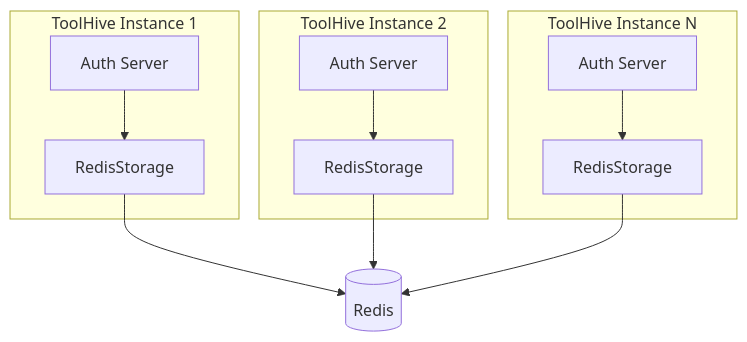
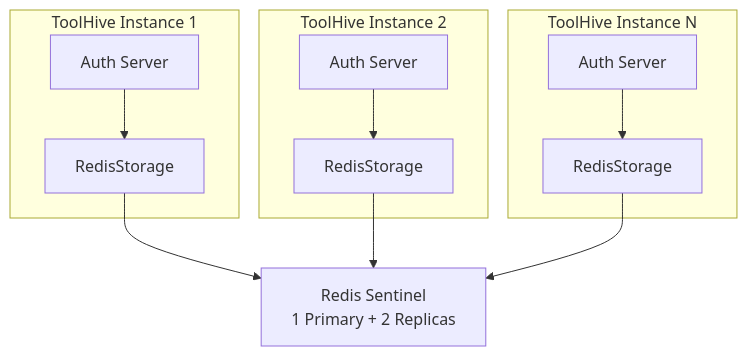
One commit to stacklok/toolhive-rfcs changed the diagram in rfcs/THV-0035-auth-server-redis-storage.md. Above: the diagram before and after it, drawn with Mermaid. The commit also changed other lines of this file, not shown here.

````diff
--- a/rfcs/THV-0035-auth-server-redis-storage.md
+++ b/rfcs/THV-0035-auth-server-redis-storage.md
@@ -47,16 +52,16 @@
 ```mermaid
 flowchart TB
     subgraph ToolHive Instance 1
         AS1[Auth Server] --> RS1[RedisStorage]
     end
     subgraph ToolHive Instance 2
         AS2[Auth Server] --> RS2[RedisStorage]
     end
     subgraph ToolHive Instance N
         ASN[Auth Server] --> RSN[RedisStorage]
     end
 
-    RS1 --> Redis[(Redis)]
-    RS2 --> Redis
-    RSN --> Redis
+    RS1 --> Sentinel[Redis Sentinel<br/>1 Primary + 2 Replicas]
+    RS2 --> Sentinel
+    RSN --> Sentinel
 ```
````
